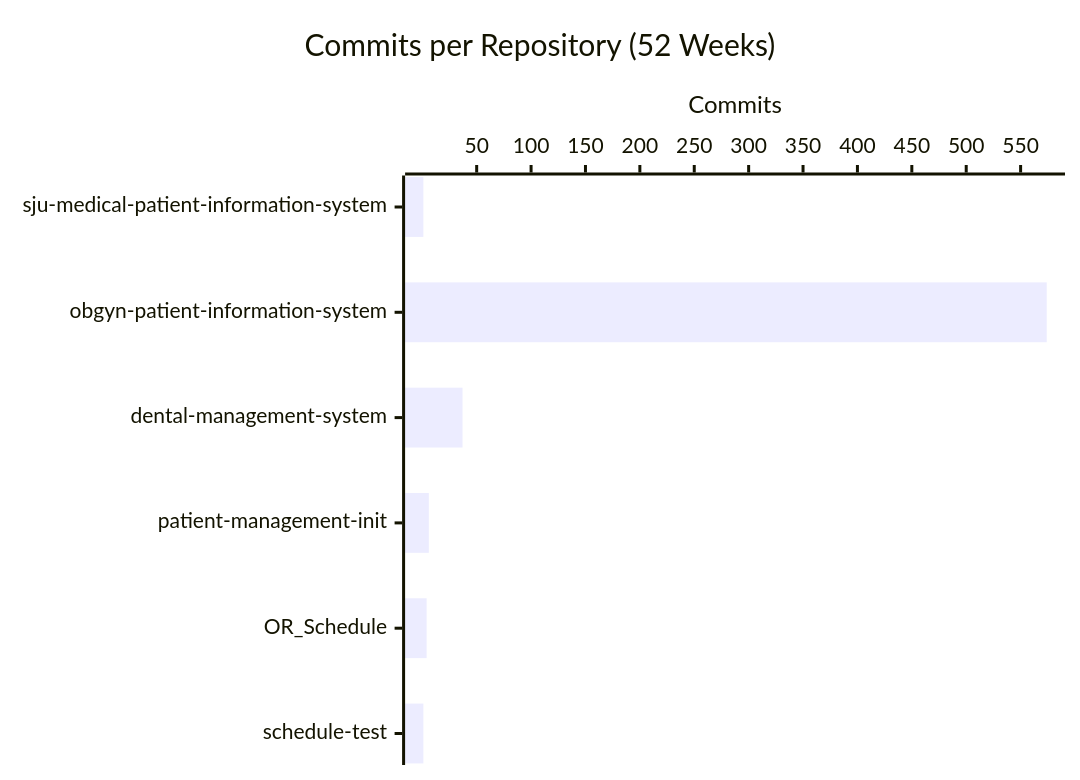
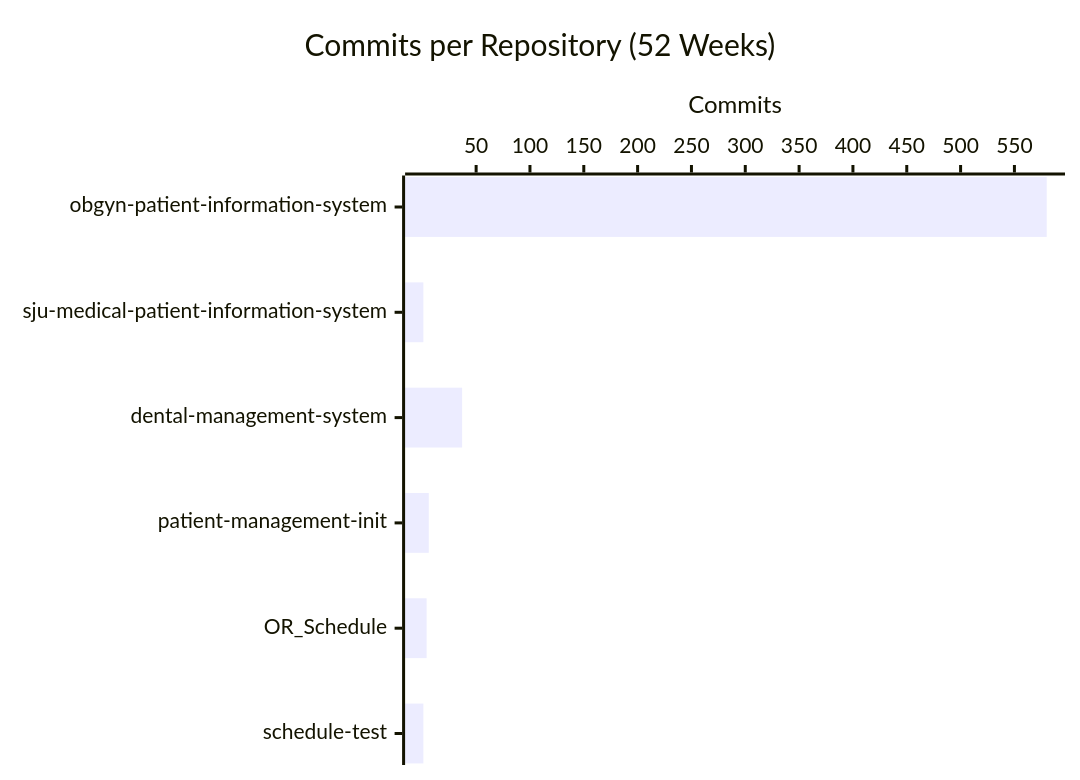
One commit to CSTH-Projects/.github changed the second of 4 diagrams in profile/README.md. Above: the diagram before and after it, drawn with Mermaid. The commit also changed other lines of this file, not shown here.

````diff
--- a/profile/README.md
+++ b/profile/README.md
@@ -24,7 +24,7 @@
 ```mermaid
 xychart-beta horizontal
     title "Commits per Repository (52 Weeks)"
-    x-axis ["sju-medical-patient-information-system", "obgyn-patient-information-system", "dental-management-system", "patient-management-init", "OR_Schedule", "schedule-test"]
+    x-axis ["obgyn-patient-information-system", "sju-medical-patient-information-system", "dental-management-system", "patient-management-init", "OR_Schedule", "schedule-test"]
     y-axis "Commits"
-    bar [1, 574, 37, 6, 4, 1]
+    bar [580, 1, 37, 6, 4, 1]
 ```
````
